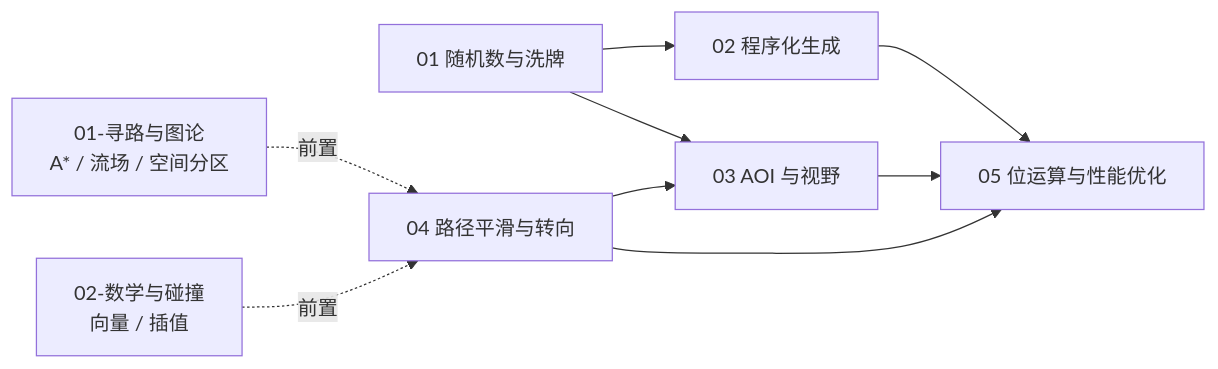
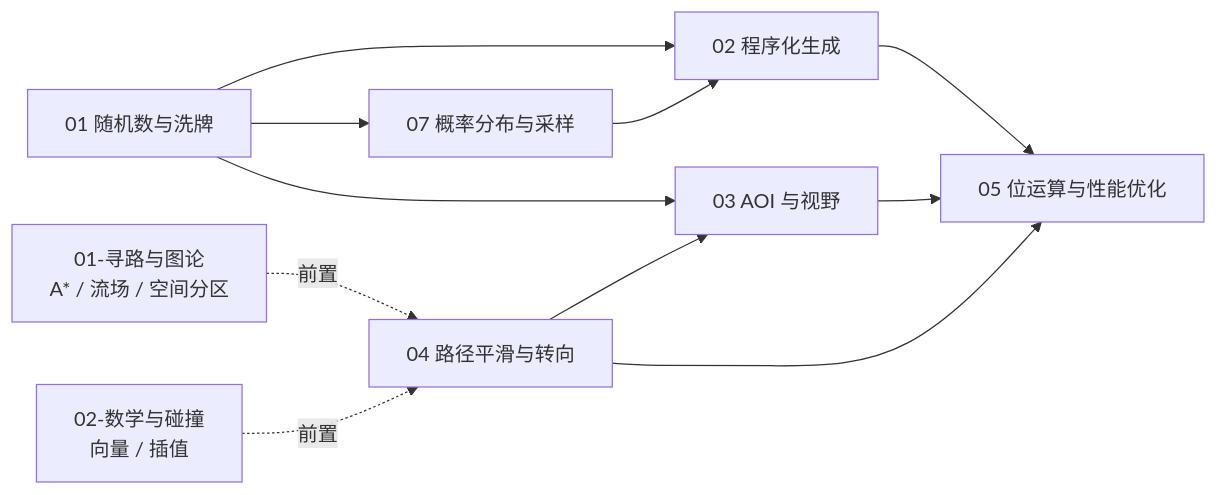
The diagram in 游戏算法/03-工程与实用技巧/README.md (fantuan812/learning), drawn with Mermaid before and after one commit. The commit also changed other lines of this file and 14 other files, not shown here.

````diff
--- a/游戏算法/03-工程与实用技巧/README.md
+++ b/游戏算法/03-工程与实用技巧/README.md
@@ -35,11 +37,13 @@
 ```mermaid
 flowchart LR
     A["01 随机数与洗牌"] --> B["02 程序化生成"]
+    A --> H["07 概率分布与采样"]
+    H --> B
     A --> C["03 AOI 与视野"]
     E["04 路径平滑与转向"] --> C
     B --> D["05 位运算与性能优化"]
     C --> D
     E --> D
     F["01-寻路与图论<br/>A* / 流场 / 空间分区"] -.前置.-> E
     G["02-数学与碰撞<br/>向量 / 插值"] -.前置.-> E
 ```
````
